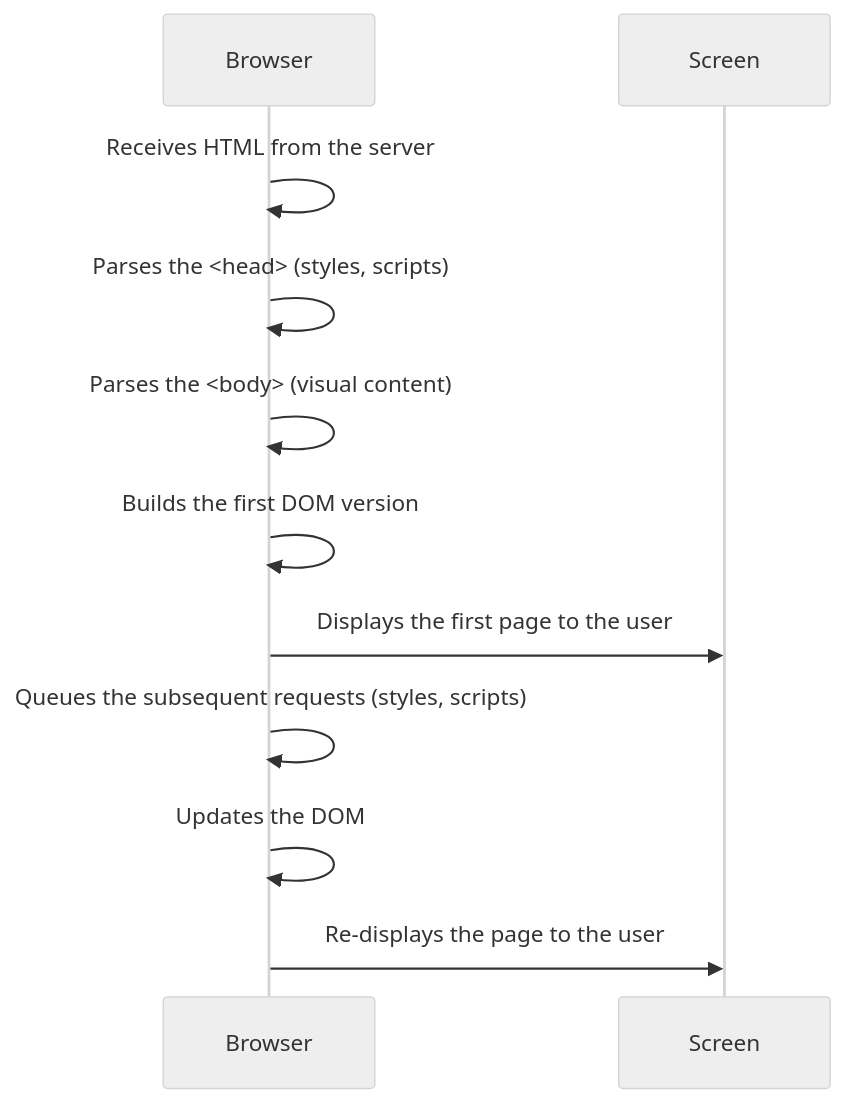
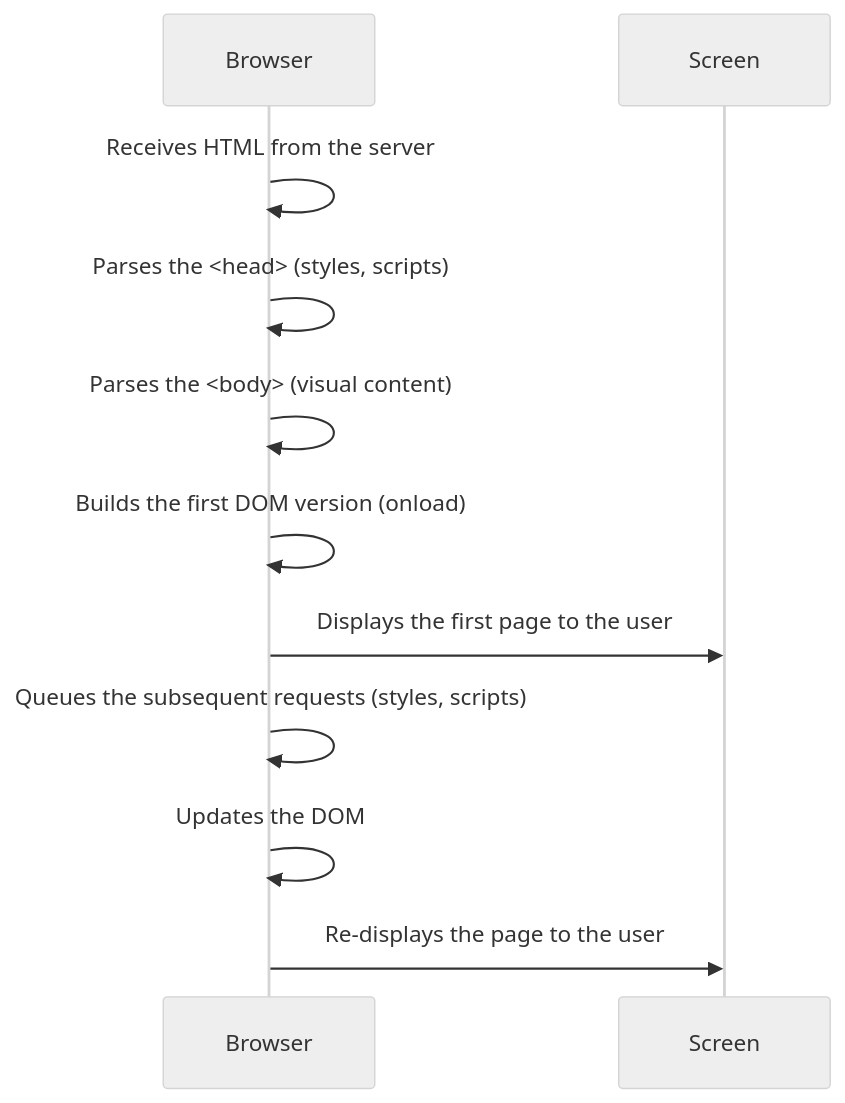
One commit to breatheco-de/mastering-web-dynamics-from-HTTP-to-real-time changed the diagram in lessons/parsing-the-html.md. Above: the diagram before and after it, drawn with Mermaid (neutral theme).

````diff
--- a/lessons/parsing-the-html.md
+++ b/lessons/parsing-the-html.md
@@ -65,13 +65,13 @@
 ```mermaid
 sequenceDiagram
         participant Browser
 
         Browser->>Browser: Receives HTML from the server
         Browser->>Browser: Parses the <head> (styles, scripts)
         Browser->>Browser: Parses the <body> (visual content)
-        Browser->>Browser: Builds the first DOM version
+        Browser->>Browser: Builds the first DOM version (onload)
         Browser->>Screen: Displays the first page to the user
         Browser->>Browser: Queues the subsequent requests (styles, scripts)
         Browser->>Browser: Updates the DOM
         Browser->>Screen: Re-displays the page to the user
 ```
````
